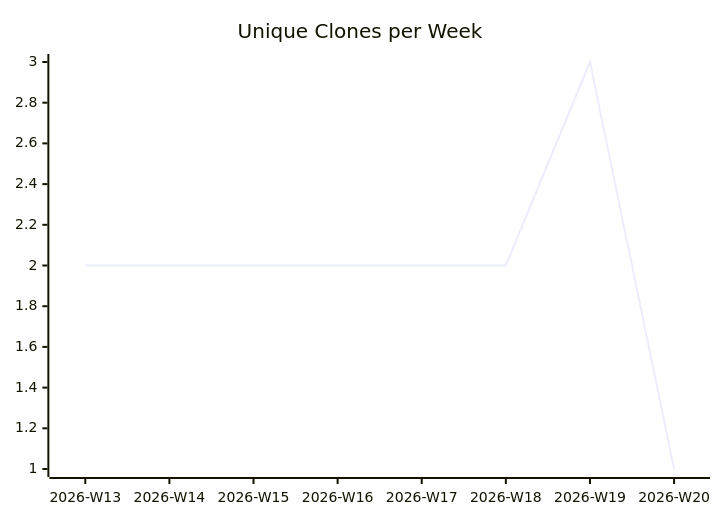
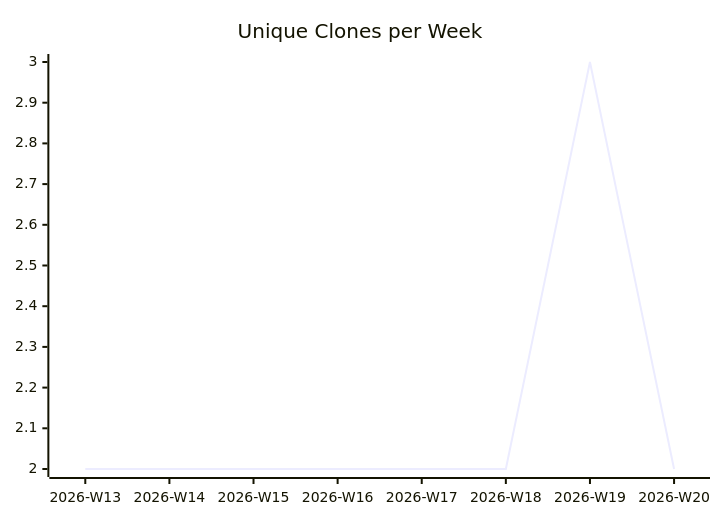
The third of 3 diagrams in karlmdavis/rps-tourney/README.md (justdavis-family/github-analytics-data), drawn with Mermaid before and after one commit. The commit also changed other lines of this file and 192 other files, not shown here.

````diff
--- a/karlmdavis/rps-tourney/README.md
+++ b/karlmdavis/rps-tourney/README.md
@@ -19,6 +19,6 @@
 ```mermaid
 xychart-beta
   title "Unique Clones per Week"
   x-axis ["2026-W13", "2026-W14", "2026-W15", "2026-W16", "2026-W17", "2026-W18", "2026-W19", "2026-W20"]
-  line [2, 2, 2, 2, 2, 2, 3, 1]
+  line [2, 2, 2, 2, 2, 2, 3, 2]
 ```
````
